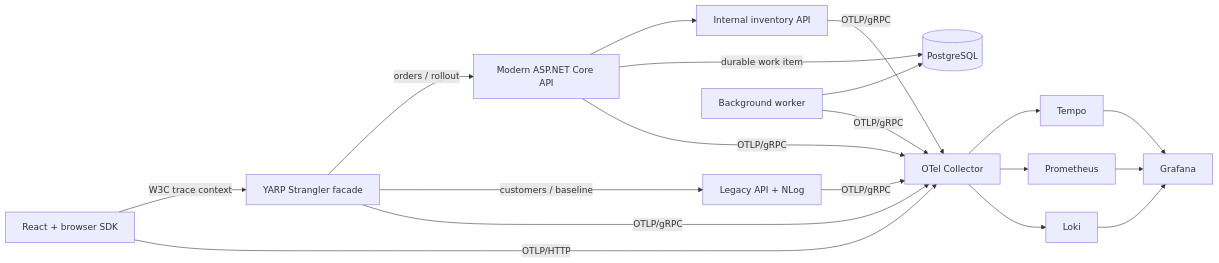
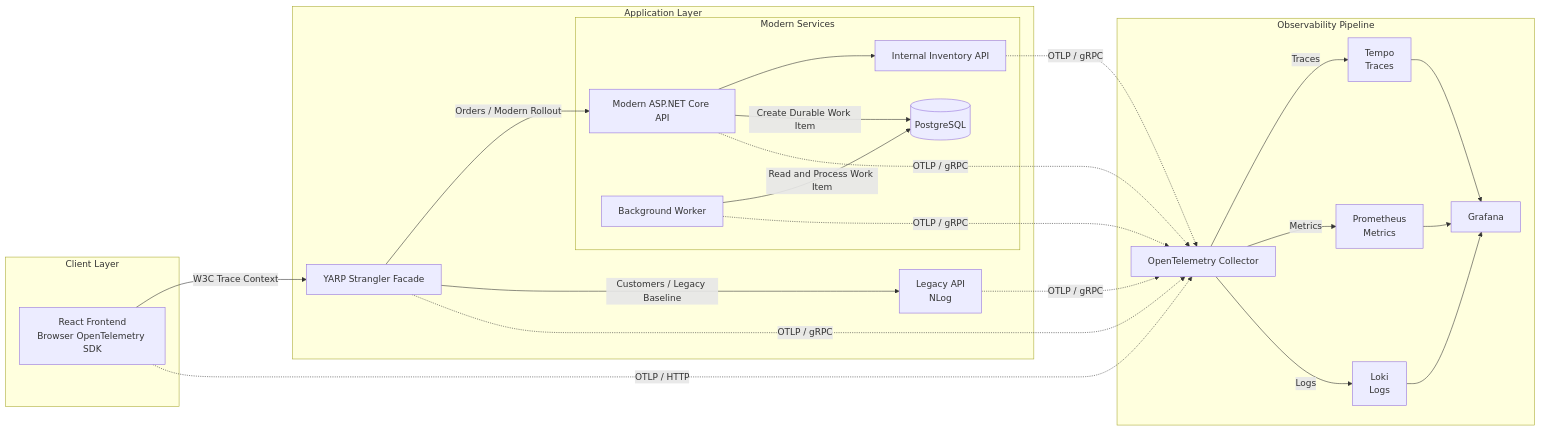
One commit to naeemraza-dev/TelemetryBridge changed the diagram in README.md. Above: the diagram before and after it, drawn with Mermaid.

Commit message:
diagram updated

````diff
--- a/README.md
+++ b/README.md
@@ -14,21 +14,51 @@
 ```mermaid
 flowchart LR
-    Browser[React + browser SDK] -->|W3C trace context| Facade[YARP Strangler facade]
-    Facade -->|orders / rollout| API[Modern ASP.NET Core API]
-    Facade -->|customers / baseline| Legacy[Legacy API + NLog]
-    API --> Internal[Internal inventory API]
-    API -->|durable work item| DB[(PostgreSQL)]
-    Worker[Background worker] --> DB
-    Browser -->|OTLP/HTTP| Collector[OTel Collector]
-    Facade -->|OTLP/gRPC| Collector
-    API -->|OTLP/gRPC| Collector
-    Legacy -->|OTLP/gRPC| Collector
-    Internal -->|OTLP/gRPC| Collector
-    Worker -->|OTLP/gRPC| Collector
-    Collector --> Tempo
-    Collector --> Prometheus
-    Collector --> Loki
+
+    subgraph Client["Client Layer"]
+        Browser["React Frontend<br/>Browser OpenTelemetry SDK"]
+    end
+
+    subgraph Applications["Application Layer"]
+        Facade["YARP Strangler Facade"]
+        Legacy["Legacy API<br/>NLog"]
+
+        subgraph Modern["Modern Services"]
+            API["Modern ASP.NET Core API"]
+            Internal["Internal Inventory API"]
+            Worker["Background Worker"]
+            DB[("PostgreSQL")]
+        end
+    end
+
+    subgraph Observability["Observability Pipeline"]
+        Collector["OpenTelemetry Collector"]
+        Tempo["Tempo<br/>Traces"]
+        Prometheus["Prometheus<br/>Metrics"]
+        Loki["Loki<br/>Logs"]
+        Grafana["Grafana"]
+    end
+
+    Browser -->|"W3C Trace Context"| Facade
+
+    Facade -->|"Orders / Modern Rollout"| API
+    Facade -->|"Customers / Legacy Baseline"| Legacy
+
+    API --> Internal
+    API -->|"Create Durable Work Item"| DB
+    Worker -->|"Read and Process Work Item"| DB
+
+    Browser -.->|"OTLP / HTTP"| Collector
+    Facade -.->|"OTLP / gRPC"| Collector
+    API -.->|"OTLP / gRPC"| Collector
+    Legacy -.->|"OTLP / gRPC"| Collector
+    Internal -.->|"OTLP / gRPC"| Collector
+    Worker -.->|"OTLP / gRPC"| Collector
+
+    Collector -->|"Traces"| Tempo
+    Collector -->|"Metrics"| Prometheus
+    Collector -->|"Logs"| Loki
+
     Tempo --> Grafana
     Prometheus --> Grafana
     Loki --> Grafana
 ```
````
